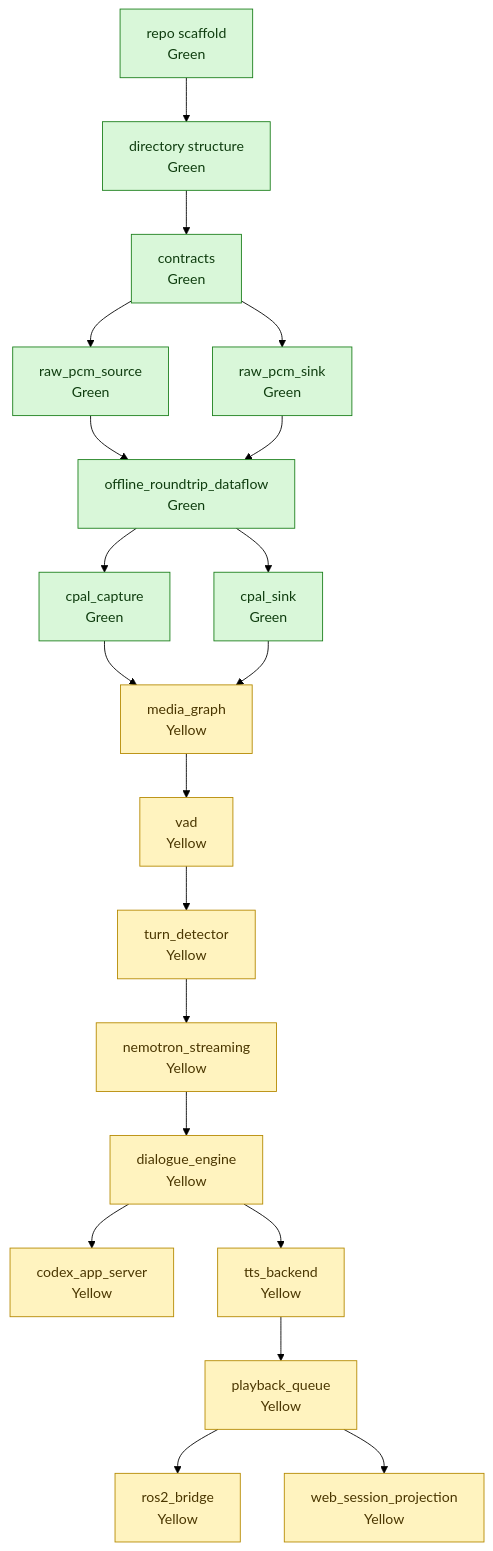
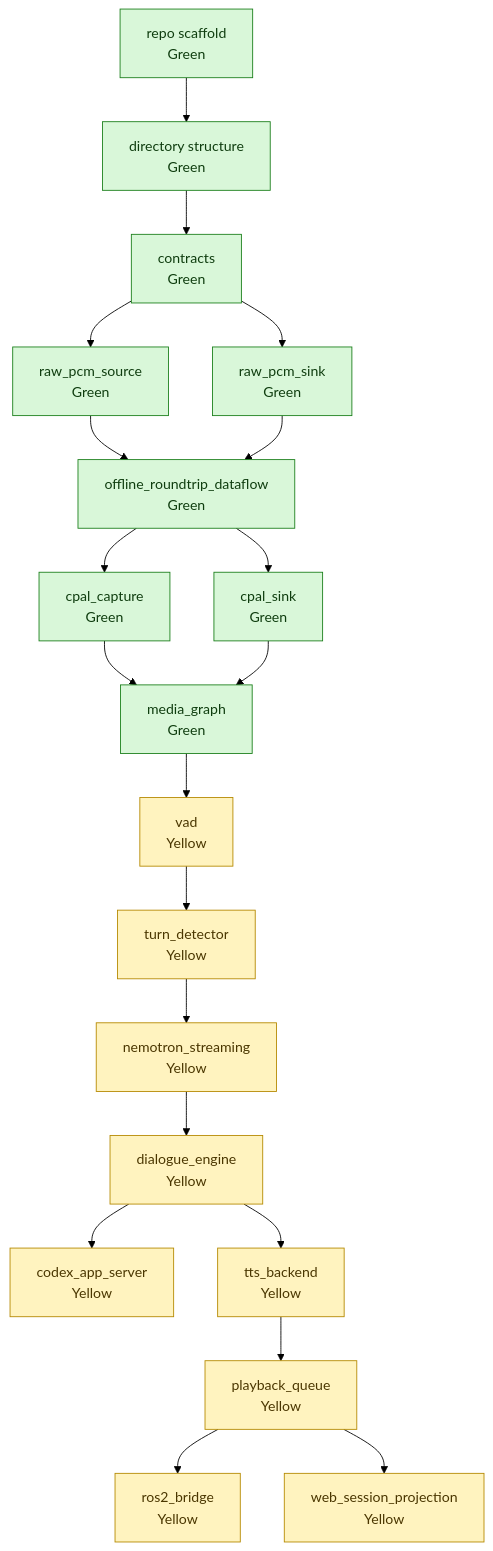
One commit to Escenda/fluent-audio changed the diagram in docs/architecture/build-plan.md. Above: the diagram before and after it, drawn with Mermaid (forest theme). The commit also changed other lines of this file and 5 other files, not shown here.

Commit message:
Implement GStreamer media graph node

````diff
--- a/docs/architecture/build-plan.md
+++ b/docs/architecture/build-plan.md
@@ -15,47 +15,47 @@
 ```mermaid
 flowchart TD
     repo_scaffold["repo scaffold<br>Green"]
     directory_structure["directory structure<br>Green"]
     contracts["contracts<br>Green"]
     raw_pcm_source["raw_pcm_source<br>Green"]
     raw_pcm_sink["raw_pcm_sink<br>Green"]
     offline_roundtrip_dataflow["offline_roundtrip_dataflow<br>Green"]
     cpal_capture["cpal_capture<br>Green"]
     cpal_sink["cpal_sink<br>Green"]
-    media_graph["media_graph<br>Yellow"]
+    media_graph["media_graph<br>Green"]
     vad["vad<br>Yellow"]
     turn_detector["turn_detector<br>Yellow"]
     nemotron_streaming["nemotron_streaming<br>Yellow"]
     dialogue_engine["dialogue_engine<br>Yellow"]
     codex_app_server["codex_app_server<br>Yellow"]
     tts_backend["tts_backend<br>Yellow"]
     playback_queue["playback_queue<br>Yellow"]
     ros2_bridge["ros2_bridge<br>Yellow"]
     web_session_projection["web_session_projection<br>Yellow"]
 
     repo_scaffold --> directory_structure
     directory_structure --> contracts
     contracts --> raw_pcm_source
     contracts --> raw_pcm_sink
     raw_pcm_source --> offline_roundtrip_dataflow
     raw_pcm_sink --> offline_roundtrip_dataflow
     offline_roundtrip_dataflow --> cpal_capture
     offline_roundtrip_dataflow --> cpal_sink
     cpal_capture --> media_graph
     cpal_sink --> media_graph
     media_graph --> vad
     vad --> turn_detector
     turn_detector --> nemotron_streaming
     nemotron_streaming --> dialogue_engine
     dialogue_engine --> codex_app_server
     dialogue_engine --> tts_backend
     tts_backend --> playback_queue
     playback_queue --> ros2_bridge
     playback_queue --> web_session_projection
 
     classDef verified fill:#d9f7d9,stroke:#1b7f1b,color:#0f3d0f;
     classDef scaffold fill:#fff3bf,stroke:#b58900,color:#4a3600;
     classDef missing fill:#ffd6d6,stroke:#b00020,color:#4a0000;
-    class repo_scaffold,directory_structure,contracts,raw_pcm_source,raw_pcm_sink,offline_roundtrip_dataflow,cpal_capture,cpal_sink verified;
-    class media_graph,vad,turn_detector,nemotron_streaming,dialogue_engine,codex_app_server,tts_backend,playback_queue,ros2_bridge,web_session_projection scaffold;
+    class repo_scaffold,directory_structure,contracts,raw_pcm_source,raw_pcm_sink,offline_roundtrip_dataflow,cpal_capture,cpal_sink,media_graph verified;
+    class vad,turn_detector,nemotron_streaming,dialogue_engine,codex_app_server,tts_backend,playback_queue,ros2_bridge,web_session_projection scaffold;
 ```
````
